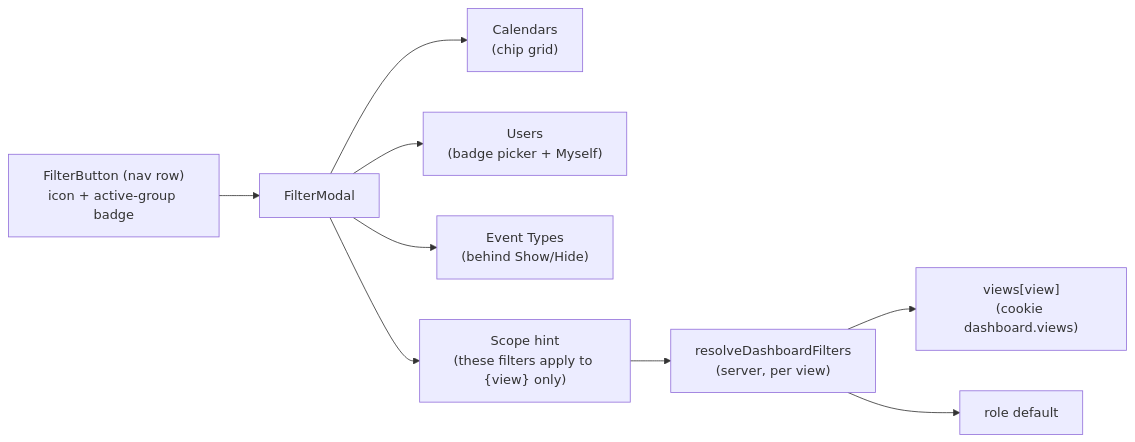
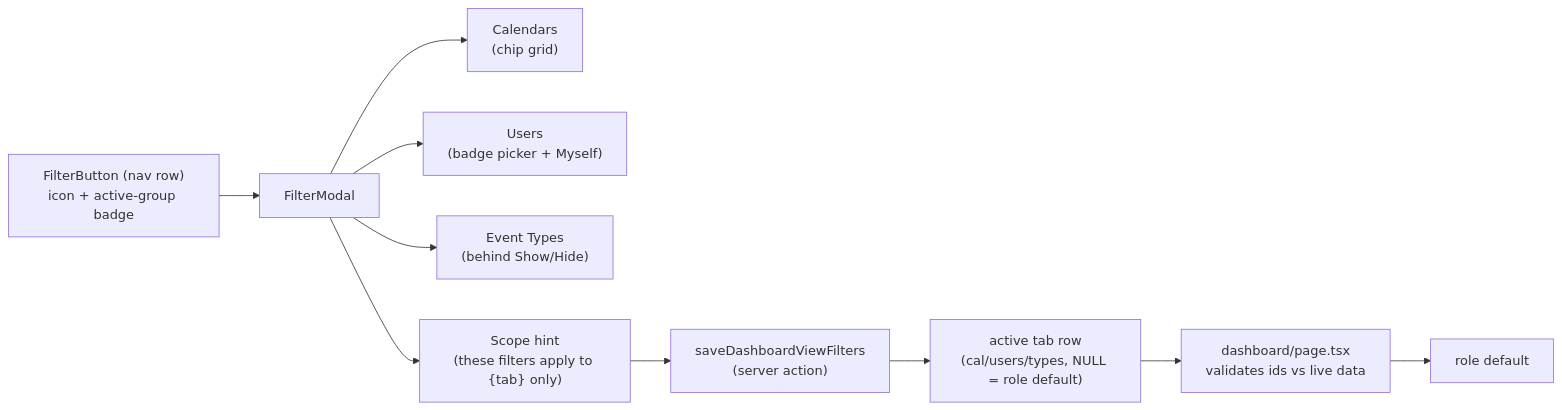
Before and after one commit to oncloudnintynineone-source/cloudy2: the first of 4 diagrams in docs/dashboard-views.md, drawn with Mermaid. The commit also changed other lines of this file and 25 other files, not shown here.

Commit message:
feat: on-demand dashboard Views with server-side tabs & filters

````diff
--- a/docs/dashboard-views.md
+++ b/docs/dashboard-views.md
@@ -80,11 +126,12 @@
 ```mermaid
 flowchart LR
     FB["FilterButton (nav row)<br/>icon + active-group badge"] --> FM["FilterModal"]
     FM --> CAL["Calendars<br/>(chip grid)"]
     FM --> US["Users<br/>(badge picker + Myself)"]
     FM --> ET["Event Types<br/>(behind Show/Hide)"]
-    FM --> HINT["Scope hint<br/>(these filters apply to {view} only)"]
-    HINT --> RESOLVE["resolveDashboardFilters<br/>(server, per view)"]
-    RESOLVE --> MEM["views[view]<br/>(cookie dashboard.views)"]
+    FM --> HINT["Scope hint<br/>(these filters apply to {tab} only)"]
+    HINT --> APPLY["saveDashboardViewFilters<br/>(server action)"]
+    APPLY --> ROW["active tab row<br/>(cal/users/types, NULL = role default)"]
+    ROW --> RESOLVE["dashboard/page.tsx<br/>validates ids vs live data"]
     RESOLVE --> DEF["role default"]
 ```
````
